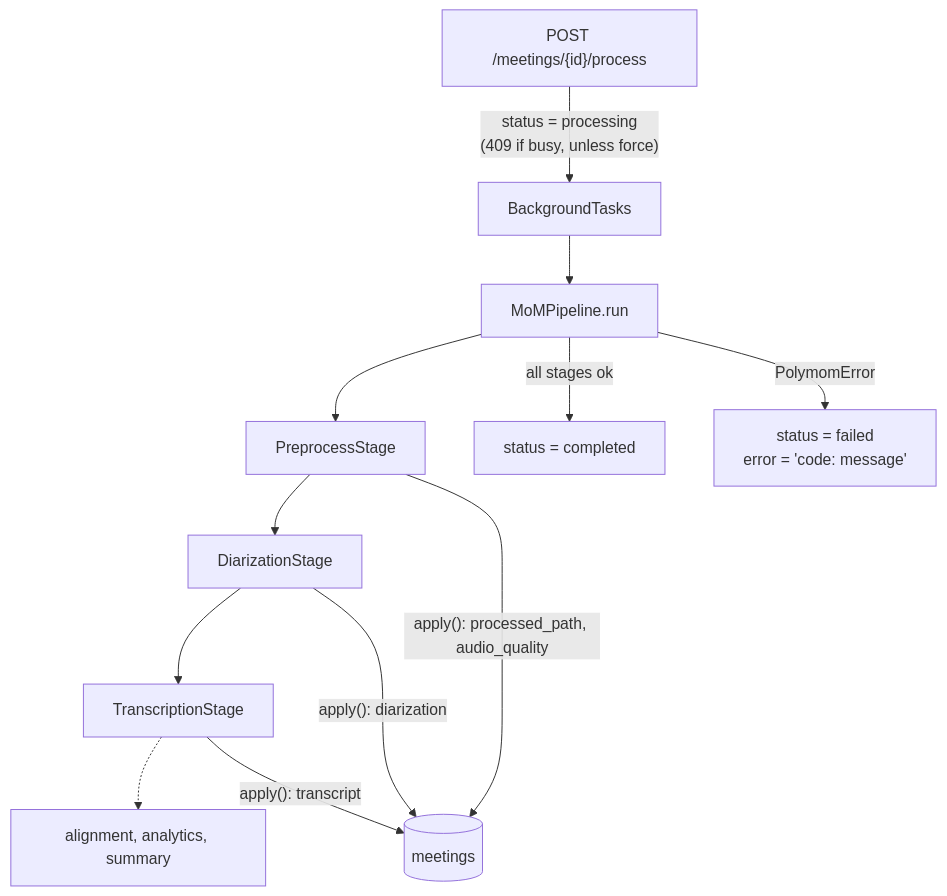
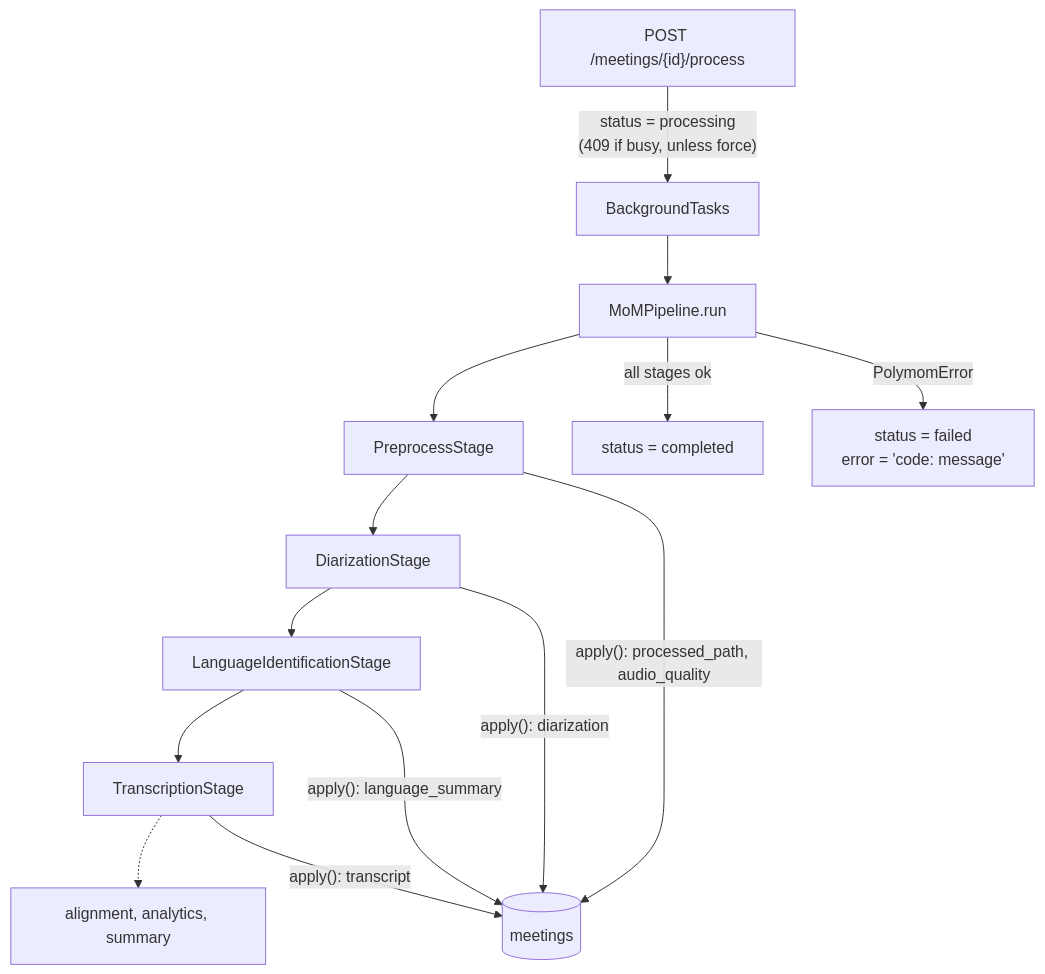
Before and after one commit to PrayasPanda/polymom: the second of 4 diagrams in README.md, drawn with Mermaid. The commit also changed other lines of this file and 37 other files, not shown here.

````diff
--- a/README.md
+++ b/README.md
@@ -182,14 +184,16 @@
 ```mermaid
 flowchart TD
     API["POST /meetings/{id}/process"] -->|"status = processing<br/>(409 if busy, unless force)"| BG[BackgroundTasks]
     BG --> ORCH[MoMPipeline.run]
     ORCH --> S1[PreprocessStage]
     S1 --> S2[DiarizationStage]
-    S2 --> S3[TranscriptionStage]
+    S2 --> SL[LanguageIdentificationStage]
+    SL --> S3[TranscriptionStage]
     S3 -.-> SN["alignment, analytics, summary"]
     S1 -->|"apply(): processed_path, audio_quality"| DB[(meetings)]
     S2 -->|"apply(): diarization"| DB
+    SL -->|"apply(): language_summary"| DB
     S3 -->|"apply(): transcript"| DB
     ORCH -->|"all stages ok"| DONE[status = completed]
     ORCH -->|"PolymomError"| FAIL["status = failed<br/>error = 'code: message'"]
 ```
````
